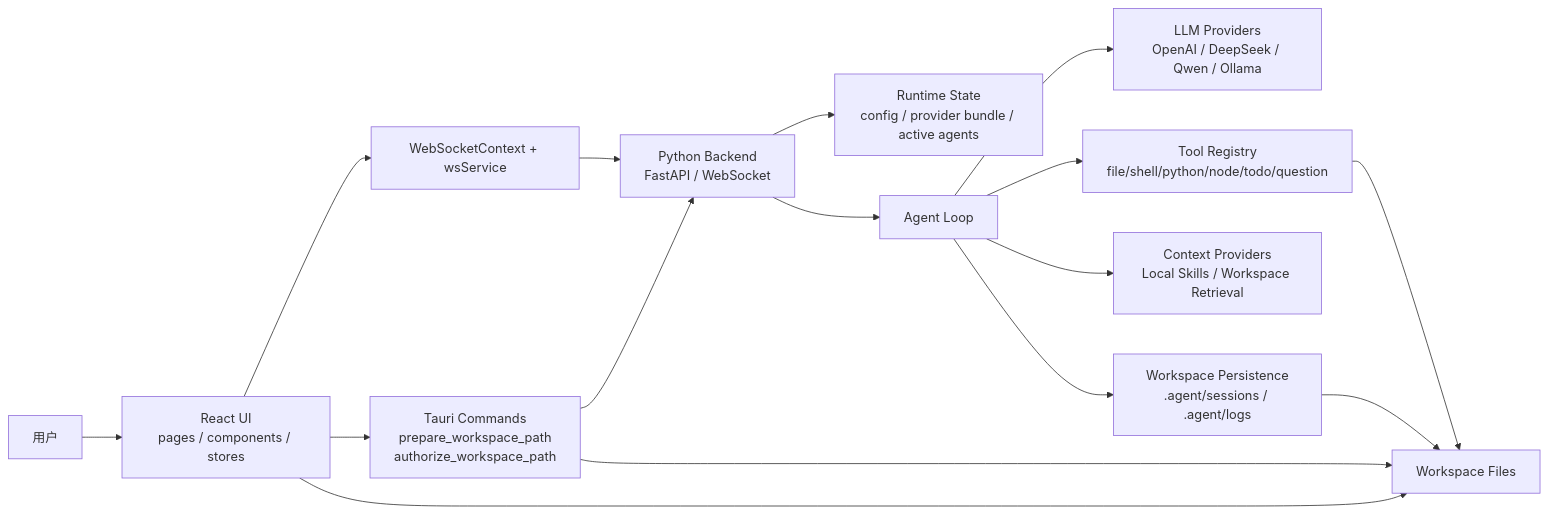
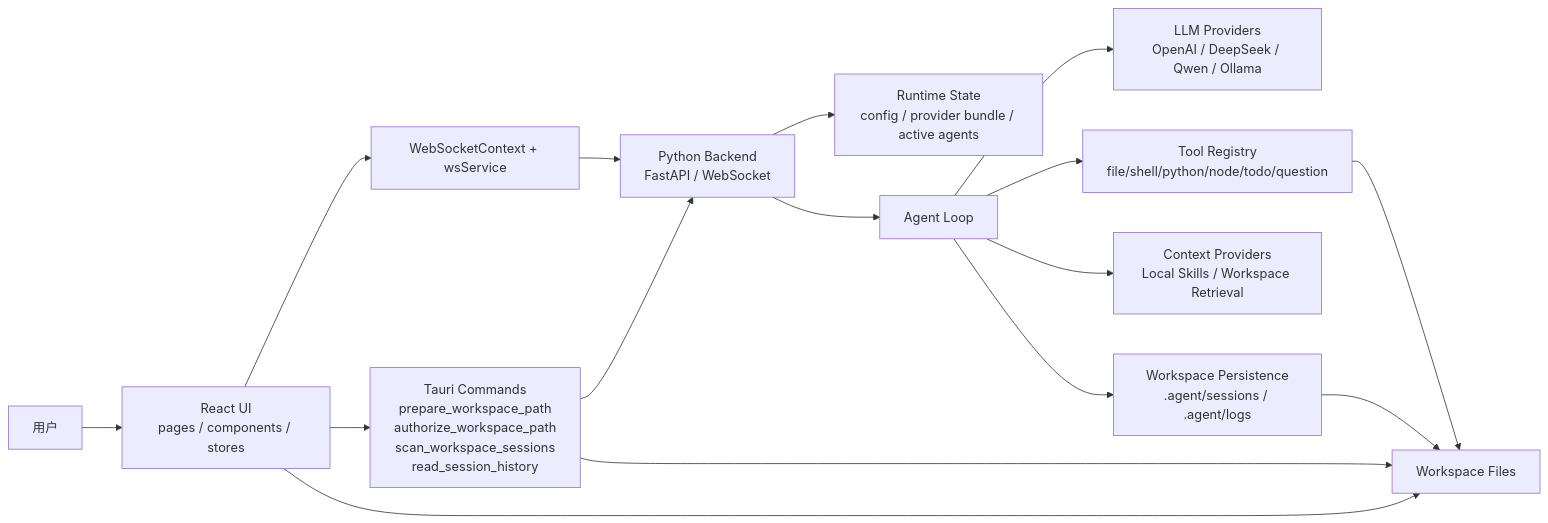
One commit to ChqJourney/simple_agent changed the first of 5 diagrams in architecture.md. Above: the diagram before and after it, drawn with Mermaid. The commit also changed other lines of this file and 1 other file, not shown here.

Commit message:
Document Tauri session history access changes

````diff
--- a/architecture.md
+++ b/architecture.md
@@ -22,20 +22,20 @@
 ```mermaid
 flowchart LR
     User["用户"] --> UI["React UI<br/>pages / components / stores"]
     UI --> WS["WebSocketContext + wsService"]
-    UI --> Tauri["Tauri Commands<br/>prepare_workspace_path<br/>authorize_workspace_path"]
+    UI --> Tauri["Tauri Commands<br/>prepare_workspace_path<br/>authorize_workspace_path<br/>scan_workspace_sessions<br/>read_session_history"]
     WS --> Backend["Python Backend<br/>FastAPI / WebSocket"]
     Tauri --> Backend
 
     Backend --> Runtime["Runtime State<br/>config / provider bundle / active agents"]
     Backend --> Agent["Agent Loop"]
     Agent --> LLM["LLM Providers<br/>OpenAI / DeepSeek / Qwen / Ollama"]
     Agent --> Tools["Tool Registry<br/>file/shell/python/node/todo/question"]
     Agent --> Context["Context Providers<br/>Local Skills / Workspace Retrieval"]
     Agent --> Persist["Workspace Persistence<br/>.agent/sessions / .agent/logs"]
 
     Tools --> Workspace["Workspace Files"]
     Persist --> Workspace
     Tauri --> Workspace
     UI --> Workspace
 ```
````
